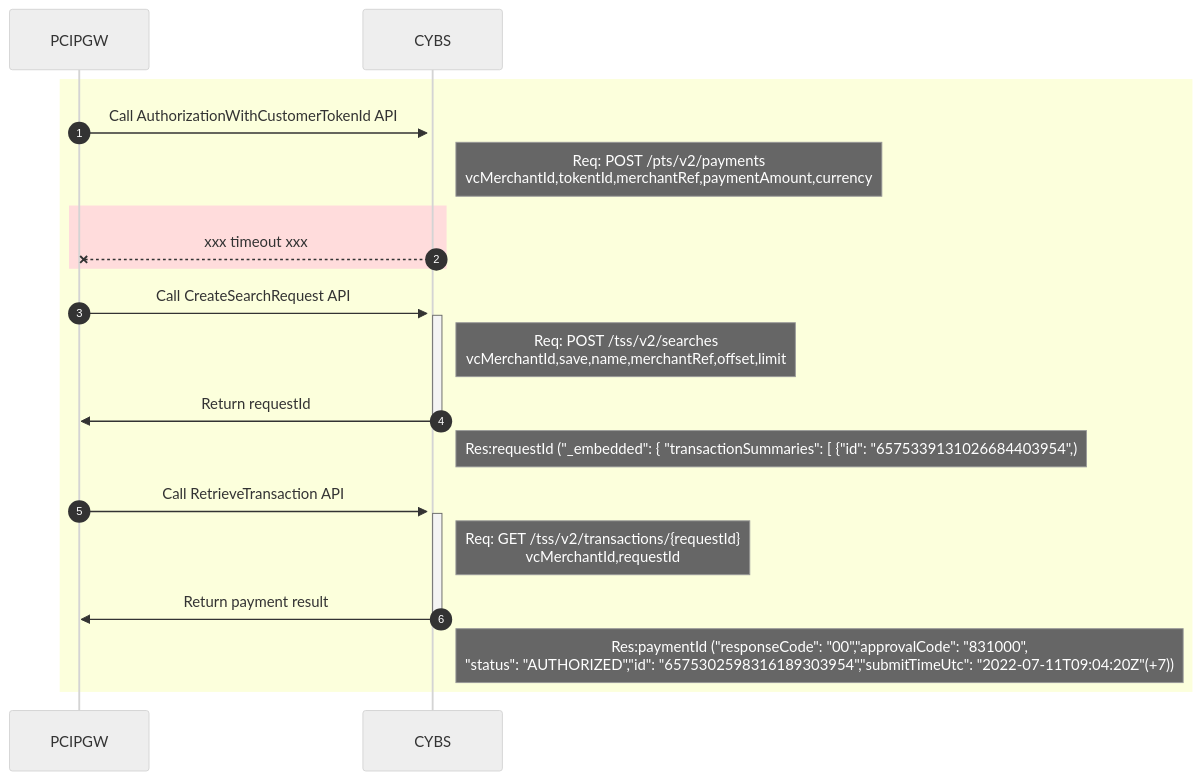
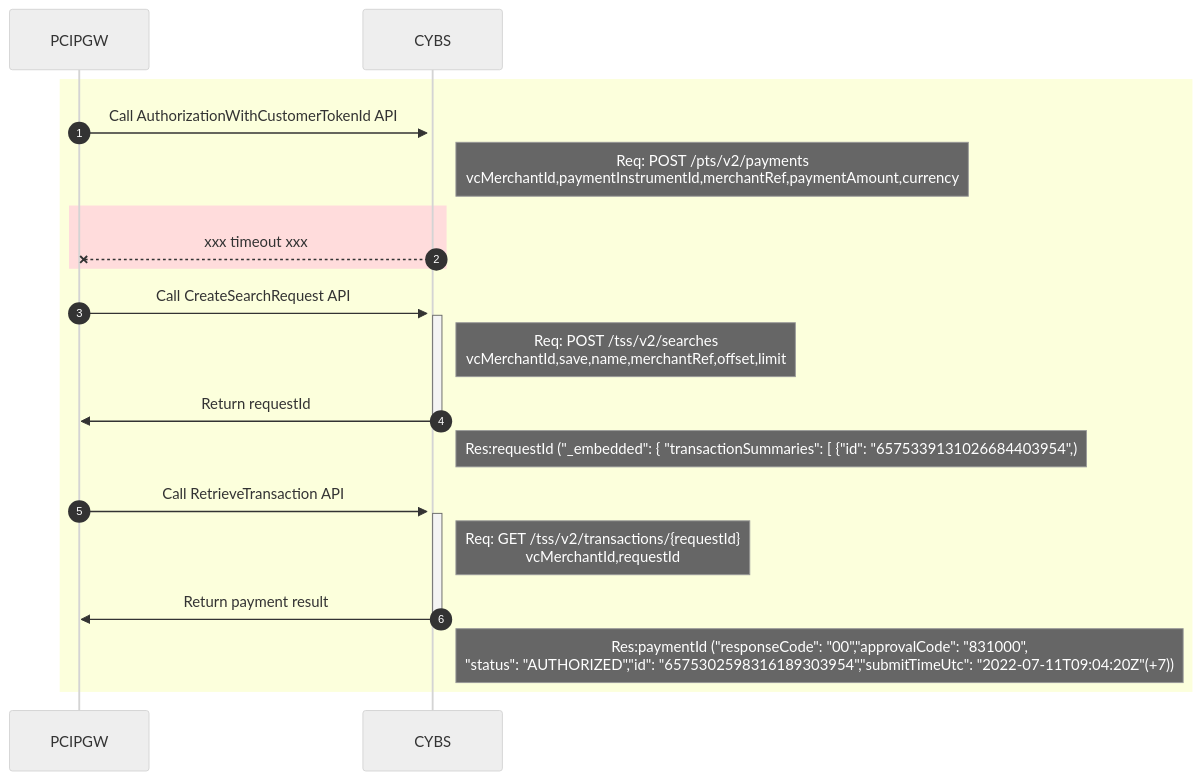
One commit to yuusuke25/MyNotes changed the fourth of 8 diagrams in Cybs-Ph2-Flow3.md. Above: the diagram before and after it, drawn with Mermaid (neutral theme). The commit also changed other lines of this file, not shown here.

````diff
--- a/Cybs-Ph2-Flow3.md
+++ b/Cybs-Ph2-Flow3.md
@@ -62,19 +62,19 @@
 ```mermaid
     sequenceDiagram
     autonumber
         rect rgb(252, 255, 220)
             PCIPGW->>+CYBS:Call AuthorizationWithCustomerTokenId API
-            Note right of CYBS: Req: POST /pts/v2/payments<br>vcMerchantId,tokentId,merchantRef,paymentAmount,currency
+            Note right of CYBS: Req: POST /pts/v2/payments<br>vcMerchantId,paymentInstrumentId,merchantRef,paymentAmount,currency
             rect rgb(255, 220, 220)
               CYBS--XPCIPGW: xxx timeout xxx
             end
             PCIPGW->>+CYBS:Call CreateSearchRequest API
             Note right of CYBS: Req: POST /tss/v2/searches<br>vcMerchantId,save,name,merchantRef,offset,limit
             CYBS->>-PCIPGW:Return requestId
             Note right of CYBS: Res:requestId ("_embedded": { "transactionSummaries": [ {"id": "6575339131026684403954",)
             PCIPGW->>+CYBS:Call RetrieveTransaction API
             Note right of CYBS: Req: GET /tss/v2/transactions/{requestId}<br>vcMerchantId,requestId
             CYBS->>-PCIPGW:Return payment result
             Note right of CYBS: Res:paymentId ("responseCode": "00","approvalCode": "831000",<BR>"status": "AUTHORIZED","id": "6575302598316189303954","submitTimeUtc": "2022-07-11T09:04:20Z"(+7))
         end
 ```
````
